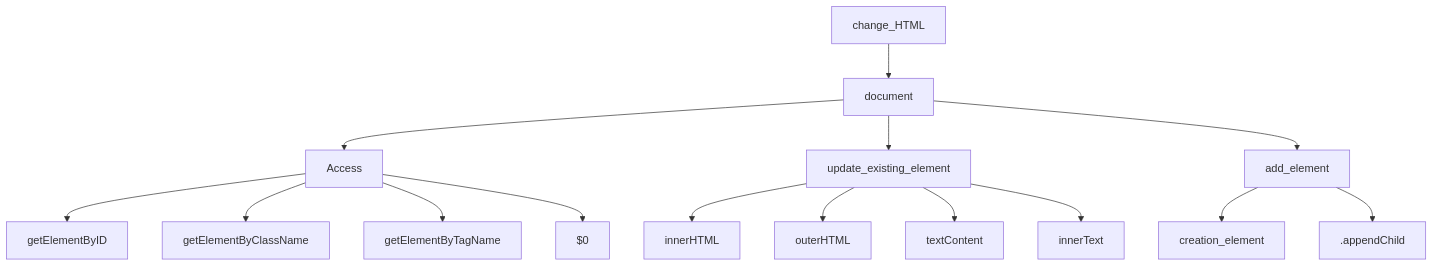
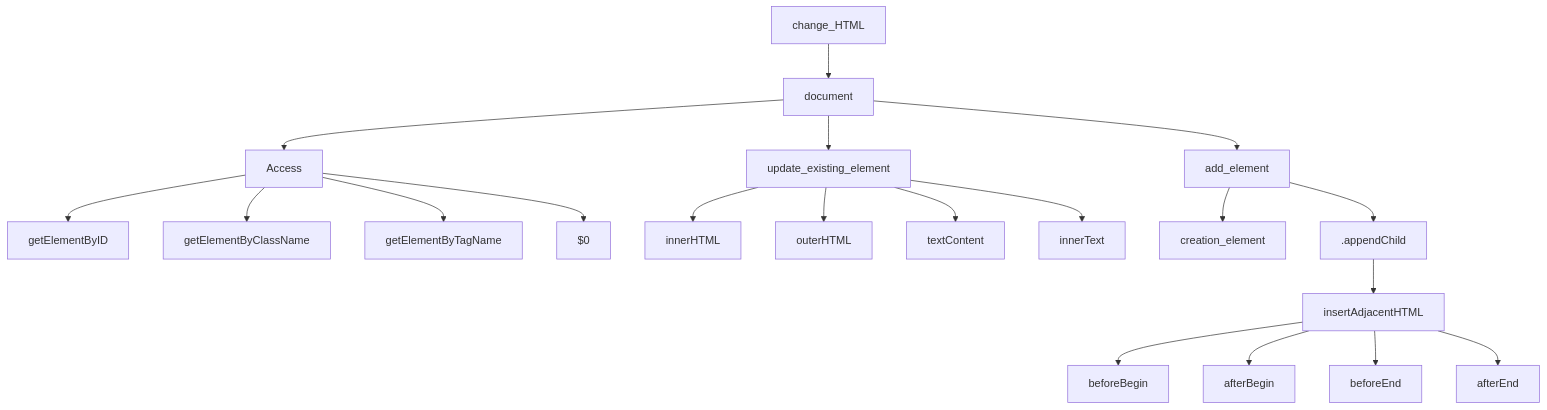
One commit to siddharthkumarrai/Javascript_guide changed the second of 2 diagrams in DOM.md. Above: the diagram before and after it, drawn with Mermaid. The commit also changed other lines of this file, not shown here.

````diff
--- a/DOM.md
+++ b/DOM.md
@@ -29,19 +29,25 @@
 ```mermaid
 graph TB;
 
     change_HTML --> document;
     document --> Access;
     Access --> getElementByID;
     Access --> getElementByClassName;
     Access --> getElementByTagName;
     Access --> $0;
     document --> update_existing_element;
     update_existing_element --> innerHTML;
     update_existing_element --> outerHTML;
     update_existing_element --> textContent;
     update_existing_element --> innerText;
     document --> add_element;
     add_element --> creation_element;
     add_element --> .appendChild;
+    .appendChild --> insertAdjacentHTML;
+    insertAdjacentHTML --> beforeBegin;
+    insertAdjacentHTML --> afterBegin;
+    insertAdjacentHTML --> beforeEnd;
+    insertAdjacentHTML --> afterEnd;
+
 
 ```
````
